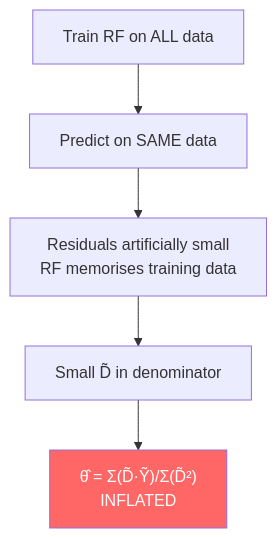
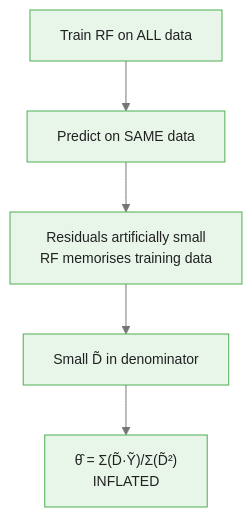
One commit to m-deane/course-creator changed the first of 3 diagrams in courses/double-machine-learning/modules/module_04_cross_fitting/guides/01_cross_fitting_slides.md. Above: the diagram before and after it, drawn with Mermaid. The commit also changed other lines of this file and 40 other files, not shown here.

````diff
--- a/courses/double-machine-learning/modules/module_04_cross_fitting/guides/01_cross_fitting_slides.md
+++ b/courses/double-machine-learning/modules/module_04_cross_fitting/guides/01_cross_fitting_slides.md
@@ -52,8 +58,8 @@
 ```mermaid
+%%{init: {"theme": "base", "themeVariables": {"primaryColor": "#e8f5e9", "primaryBorderColor": "#4caf50", "primaryTextColor": "#212121", "secondaryColor": "#e3f2fd", "tertiaryColor": "#fff8e1", "lineColor": "#757575", "fontFamily": "Inter, sans-serif", "fontSize": "14px"}}}%%
 flowchart TD
     Train["Train RF on ALL data"] --> Predict["Predict on SAME data"]
     Predict --> Small["Residuals artificially small<br/>RF memorises training data"]
     Small --> Denom["Small D̃ in denominator"]
     Denom --> Inflate["θ̂ = Σ(D̃·Ỹ)/Σ(D̃²)<br/>INFLATED"]
-    style Inflate fill:#f66,color:#fff
 ```
````
